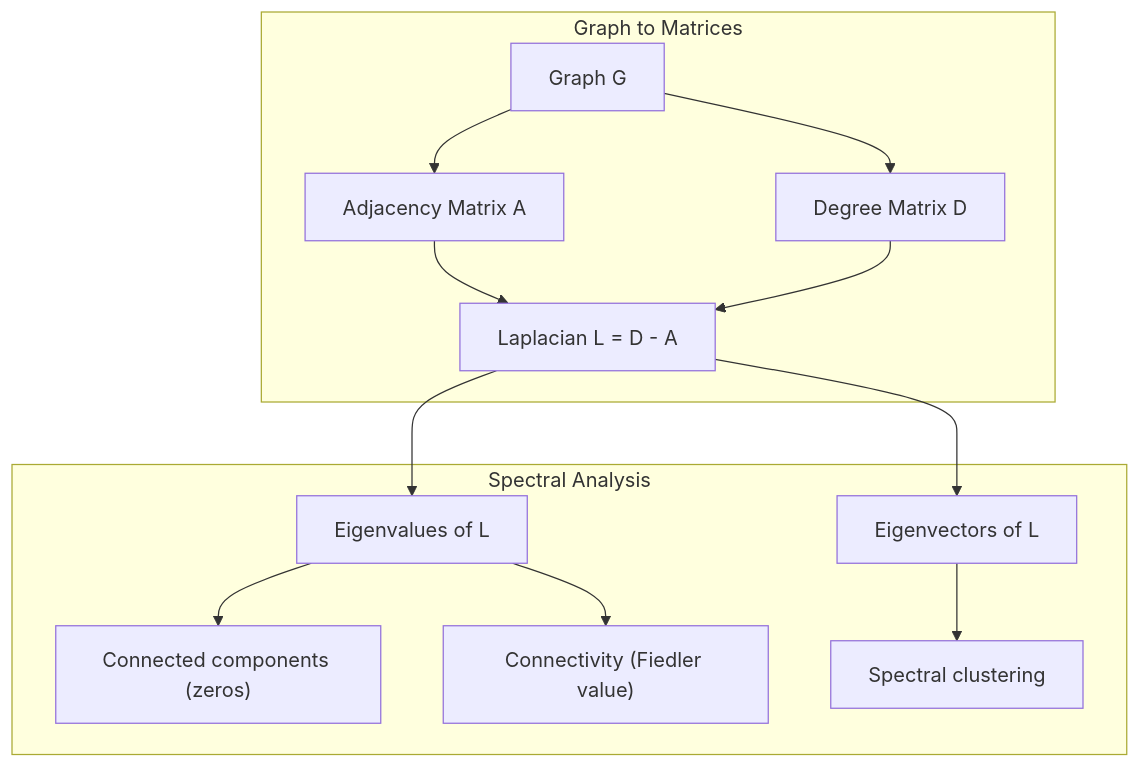
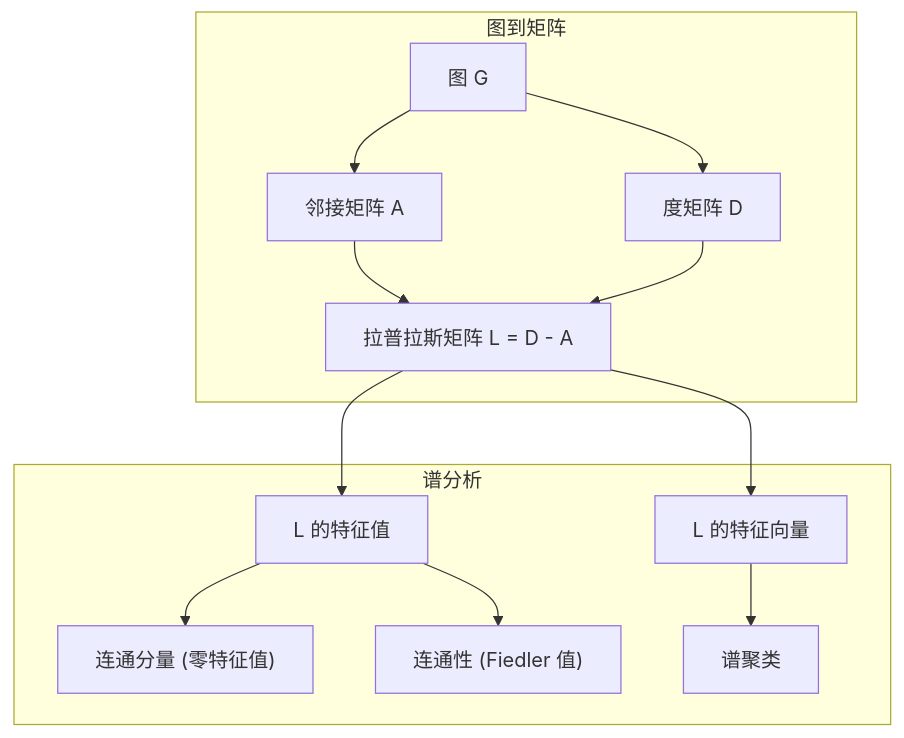
Before and after one commit to alessandrodinisio-ai/ai-engineering-learning-framework: the first of 2 diagrams in phases/01-math-foundations/21-graph-theory/docs/zh.md, drawn with Mermaid. The commit also changed other lines of this file and 120 other files, not shown here.

First line of the commit message:
i18n(mermaid): 337 个 mermaid 图表标签中文化

````diff
--- a/phases/01-math-foundations/21-graph-theory/docs/zh.md
+++ b/phases/01-math-foundations/21-graph-theory/docs/zh.md
@@ -155,16 +155,16 @@
 ```mermaid
 graph TD
-    subgraph "Graph to Matrices"
-        G["Graph G"] --> A["Adjacency Matrix A"]
-        G --> D["Degree Matrix D"]
-        A --> L["Laplacian L = D - A"]
+    subgraph "图到矩阵"
+        G["图 G"] --> A["邻接矩阵 A"]
+        G --> D["度矩阵 D"]
+        A --> L["拉普拉斯矩阵 L = D - A"]
         D --> L
     end
-    subgraph "Spectral Analysis"
-        L --> E["Eigenvalues of L"]
-        L --> V["Eigenvectors of L"]
-        E --> C["Connected components (zeros)"]
-        E --> F["Connectivity (Fiedler value)"]
-        V --> S["Spectral clustering"]
+    subgraph "谱分析"
+        L --> E["L 的特征值"]
+        L --> V["L 的特征向量"]
+        E --> C["连通分量 (零特征值)"]
+        E --> F["连通性 (Fiedler 值)"]
+        V --> S["谱聚类"]
     end
 ```
````
